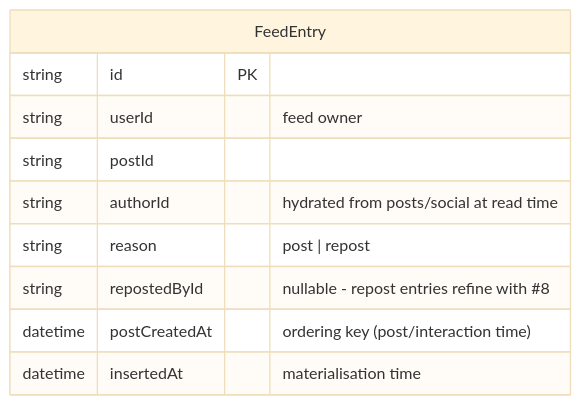
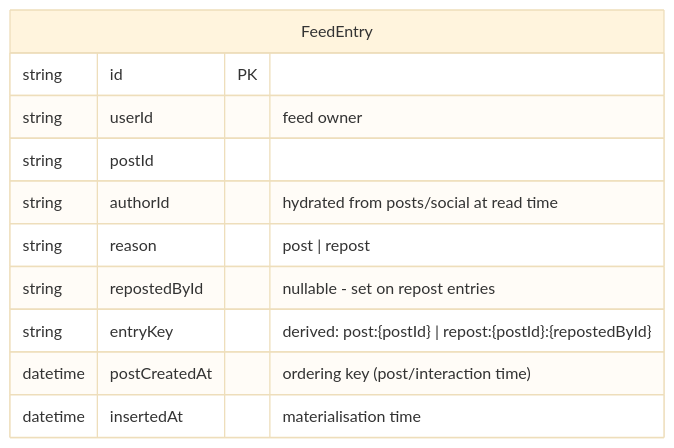
The fourth of 5 diagrams in docs/specs/data/01-storage-model.md (jdc-projects/xitter), drawn with Mermaid (base theme) before and after one commit. The commit also changed other lines of this file and 30 other files, not shown here.

````diff
--- a/docs/specs/data/01-storage-model.md
+++ b/docs/specs/data/01-storage-model.md
@@ -104,13 +104,14 @@
 ```mermaid
 erDiagram
     FeedEntry {
         string id PK
         string userId "feed owner"
         string postId
         string authorId "hydrated from posts/social at read time"
         string reason "post | repost"
-        string repostedById "nullable - repost entries refine with #8"
+        string repostedById "nullable - set on repost entries"
+        string entryKey "derived: post:{postId} | repost:{postId}:{repostedById}"
         datetime postCreatedAt "ordering key (post/interaction time)"
         datetime insertedAt "materialisation time"
     }
 ```
````
